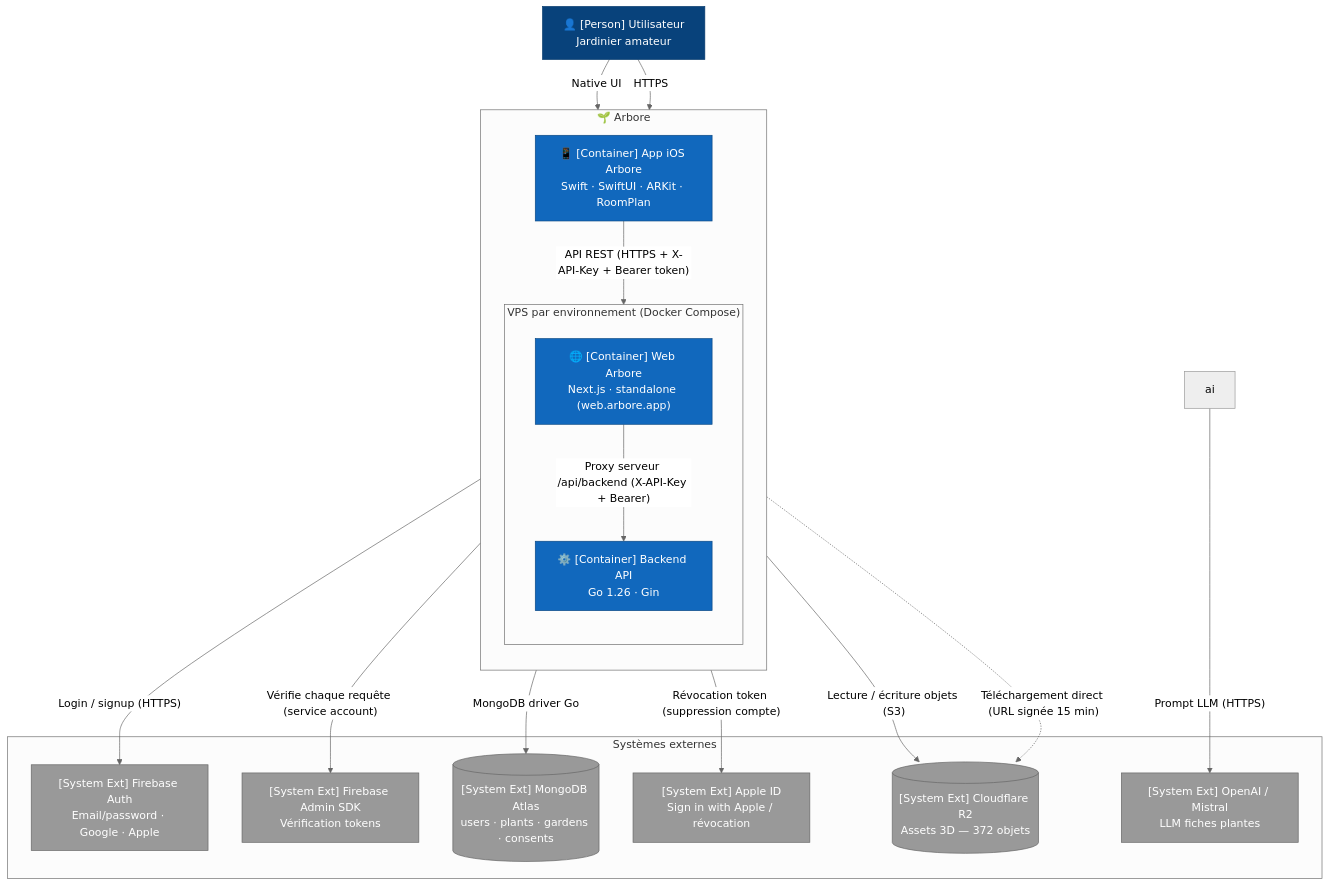
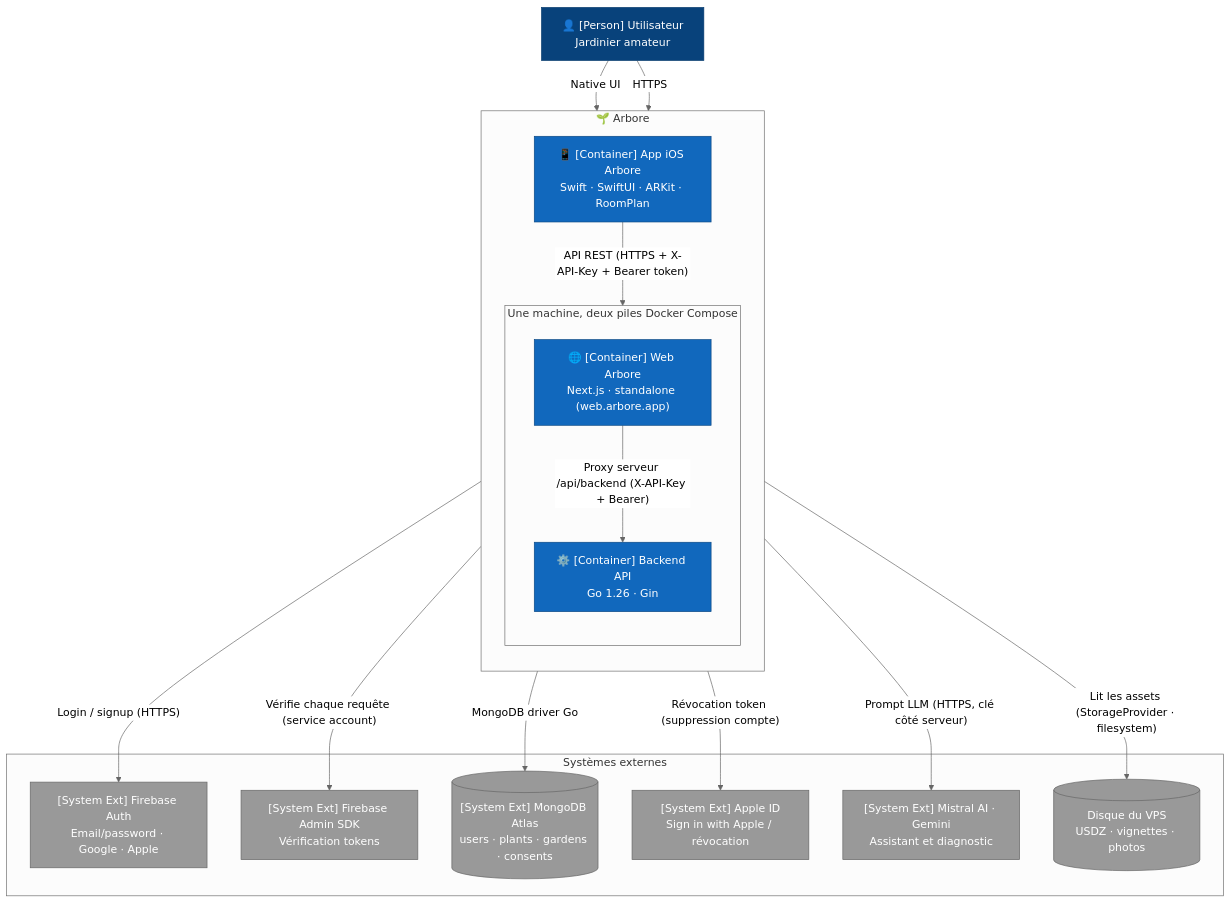
The diagram in docs/fr/architecture/02-containers.md (ArboreTeam/Arbore), drawn with Mermaid (neutral theme) before and after one commit. The commit also changed other lines of this file and 3 other files, not shown here.

````diff
--- a/docs/fr/architecture/02-containers.md
+++ b/docs/fr/architecture/02-containers.md
@@ -11,45 +11,44 @@
 ```mermaid
 flowchart TB
     user["👤 [Person] Utilisateur<br/>Jardinier amateur"]
 
     subgraph arbore["🌱 Arbore"]
         direction TB
         ios["📱 [Container] App iOS Arbore<br/>Swift · SwiftUI · ARKit · RoomPlan"]
 
-        subgraph vps["VPS par environnement (Docker Compose)"]
+        subgraph vps["Une machine, deux piles Docker Compose"]
             direction TB
             web["🌐 [Container] Web Arbore<br/>Next.js · standalone (web.arbore.app)"]
             backend["⚙️ [Container] Backend API<br/>Go 1.26 · Gin"]
         end
     end
 
     subgraph ext["Systèmes externes"]
         firebase_auth["[System Ext] Firebase Auth<br/>Email/password · Google · Apple"]
         firebase_admin["[System Ext] Firebase Admin SDK<br/>Vérification tokens"]
         mongo[("[System Ext] MongoDB Atlas<br/>users · plants · gardens · consents")]
         apple["[System Ext] Apple ID<br/>Sign in with Apple / révocation"]
-        llm["[System Ext] OpenAI / Mistral<br/>LLM fiches plantes"]
-        r2[("[System Ext] Cloudflare R2<br/>Assets 3D — 372 objets")]
+        llm["[System Ext] Mistral AI · Gemini<br/>Assistant et diagnostic"]
+        disque[("Disque du VPS<br/>USDZ · vignettes · photos")]
     end
 
     user -- "Native UI"  --> ios
     user -- "HTTPS"      --> web
 
     ios     -- "Login / signup (HTTPS)"                        --> firebase_auth
     ios     -- "API REST (HTTPS + X-API-Key + Bearer token)"   --> backend
     web     -- "Proxy serveur /api/backend (X-API-Key + Bearer)" --> backend
 
     backend -- "Vérifie chaque requête (service account)"      --> firebase_admin
     backend -- "MongoDB driver Go"                             --> mongo
     backend -- "Révocation token (suppression compte)"         --> apple
-    backend -- "Lecture / écriture objets (S3)"                --> r2
-    ios     -. "Téléchargement direct (URL signée 15 min)" .-> r2
-    ai      -- "Prompt LLM (HTTPS)"                            --> llm
+    backend -- "Prompt LLM (HTTPS, clé côté serveur)"          --> llm
+    backend -- "Lit les assets (StorageProvider · filesystem)" --> disque
 
     classDef person   fill:#08427B,stroke:#073B6F,color:#fff
     classDef cont     fill:#1168BD,stroke:#0B4884,color:#fff
     classDef ext_node fill:#999,stroke:#666,color:#fff
     class user person
     class ios,web,backend cont
-    class firebase_auth,firebase_admin,mongo,apple,llm,r2 ext_node
+    class firebase_auth,firebase_admin,mongo,apple,llm,disque ext_node
 ```
````
